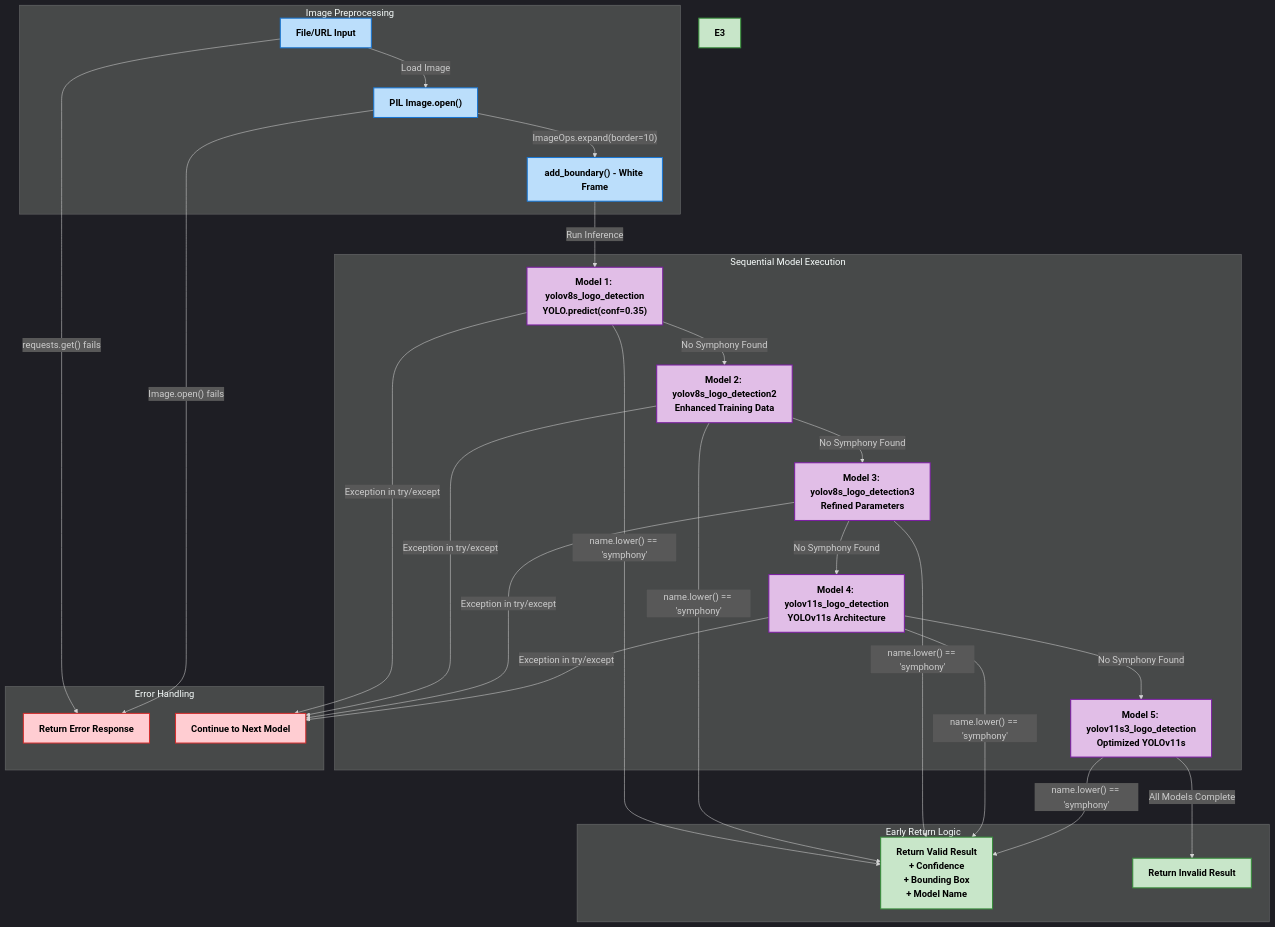
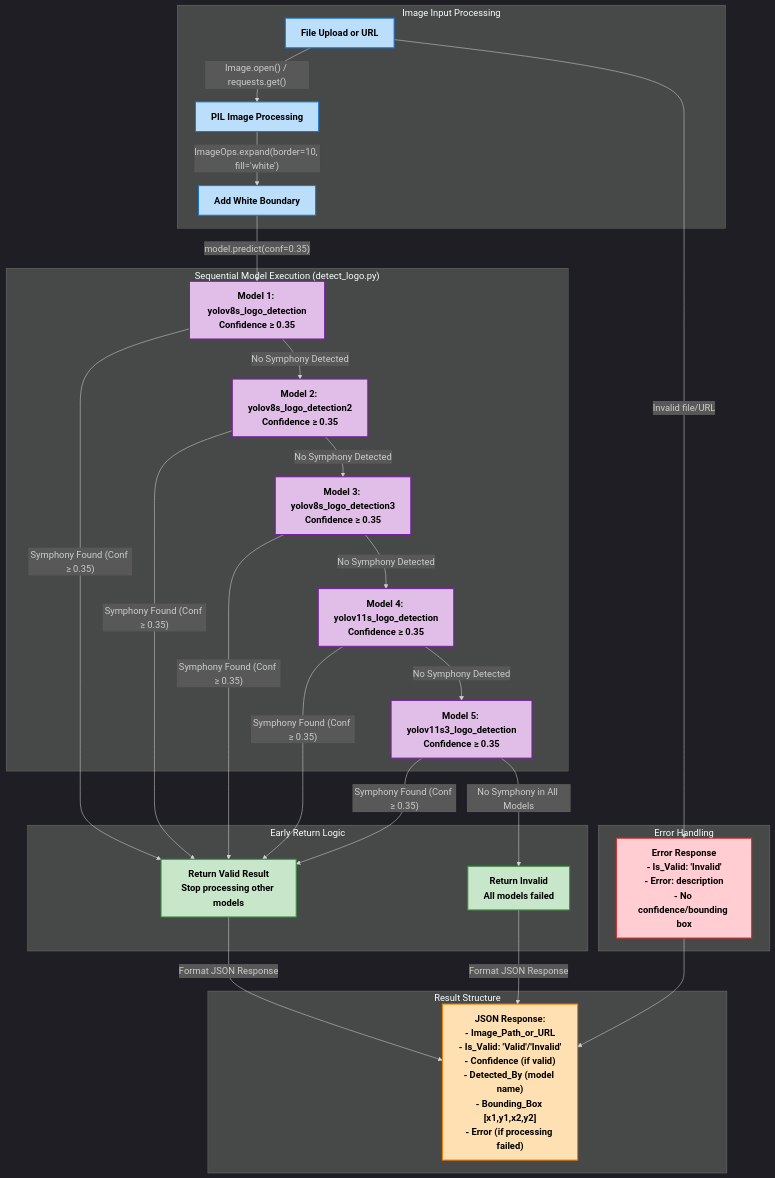
One commit to Dhruv0306/SymphonyProject1 changed the fourth of 9 diagrams in README.md. Above: the diagram before and after it, drawn with Mermaid. The commit also changed other lines of this file and 36 other files, not shown here.

First line of the commit message:
docs: enhance architecture and feature documentation

````diff
--- a/README.md
+++ b/README.md
@@ -261,47 +301,47 @@
 ```mermaid
 %%{init: {'theme': 'dark', 'themeVariables': { 'fontFamily': 'arial', 'fontSize': '18px', 'fontWeight': 'bold'}}}%%
 graph TD
-    subgraph "Image Preprocessing"
+    subgraph "Image Input Processing"
         style A fill:#bbdefb,stroke:#1976d2,stroke-width:2px,color:#000000,font-weight:bold
         style B fill:#bbdefb,stroke:#1976d2,stroke-width:2px,color:#000000,font-weight:bold
         style C fill:#bbdefb,stroke:#1976d2,stroke-width:2px,color:#000000,font-weight:bold
-        A["File/URL Input"] -->|"Load Image"| B["PIL Image.open()"]
-        B -->|"ImageOps.expand(border=10)"| C["add_boundary() - White Frame"]
+        A["File Upload or URL"] -->|"Image.open() / requests.get()"| B["PIL Image Processing"]
+        B -->|"ImageOps.expand(border=10, fill='white')"| C["Add White Boundary"]
     end
 
-    subgraph "Sequential Model Execution"
+    subgraph "Sequential Model Execution (detect_logo.py)"
         style D1 fill:#e1bee7,stroke:#7b1fa2,stroke-width:2px,color:#000000,font-weight:bold
         style D2 fill:#e1bee7,stroke:#7b1fa2,stroke-width:2px,color:#000000,font-weight:bold
         style D3 fill:#e1bee7,stroke:#7b1fa2,stroke-width:2px,color:#000000,font-weight:bold
         style D4 fill:#e1bee7,stroke:#7b1fa2,stroke-width:2px,color:#000000,font-weight:bold
         style D5 fill:#e1bee7,stroke:#7b1fa2,stroke-width:2px,color:#000000,font-weight:bold
-        C -->|"Run Inference"| D1["Model 1: yolov8s_logo_detection<br/>YOLO.predict(conf=0.35)"]
-        D1 -->|"No Symphony Found"| D2["Model 2: yolov8s_logo_detection2<br/>Enhanced Training Data"]
-        D2 -->|"No Symphony Found"| D3["Model 3: yolov8s_logo_detection3<br/>Refined Parameters"]
-        D3 -->|"No Symphony Found"| D4["Model 4: yolov11s_logo_detection<br/>YOLOv11s Architecture"]
-        D4 -->|"No Symphony Found"| D5["Model 5: yolov11s3_logo_detection<br/>Optimized YOLOv11s"]
+        C -->|"model.predict(conf=0.35)"| D1["Model 1: yolov8s_logo_detection<br/>Confidence ≥ 0.35"]
+        D1 -->|"No Symphony Detected"| D2["Model 2: yolov8s_logo_detection2<br/>Confidence ≥ 0.35"]
+        D2 -->|"No Symphony Detected"| D3["Model 3: yolov8s_logo_detection3<br/>Confidence ≥ 0.35"]
+        D3 -->|"No Symphony Detected"| D4["Model 4: yolov11s_logo_detection<br/>Confidence ≥ 0.35"]
+        D4 -->|"No Symphony Detected"| D5["Model 5: yolov11s3_logo_detection<br/>Confidence ≥ 0.35"]
     end
 
     subgraph "Early Return Logic"
         style E1 fill:#c8e6c9,stroke:#388e3c,stroke-width:2px,color:#000000,font-weight:bold
         style E2 fill:#c8e6c9,stroke:#388e3c,stroke-width:2px,color:#000000,font-weight:bold
-        style E3 fill:#c8e6c9,stroke:#388e3c,stroke-width:2px,color:#000000,font-weight:bold
-        D1 -->|"name.lower() == 'symphony'"| E1["Return Valid Result<br/>+ Confidence<br/>+ Bounding Box<br/>+ Model Name"]
-        D2 -->|"name.lower() == 'symphony'"| E1
-        D3 -->|"name.lower() == 'symphony'"| E1
-        D4 -->|"name.lower() == 'symphony'"| E1
-        D5 -->|"name.lower() == 'symphony'"| E1
-        D5 -->|"All Models Complete"| E2["Return Invalid Result"]
+        D1 -->|"Symphony Found (Conf ≥ 0.35)"| E1["Return Valid Result<br/>Stop processing other models"]
+        D2 -->|"Symphony Found (Conf ≥ 0.35)"| E1
+        D3 -->|"Symphony Found (Conf ≥ 0.35)"| E1
+        D4 -->|"Symphony Found (Conf ≥ 0.35)"| E1
+        D5 -->|"Symphony Found (Conf ≥ 0.35)"| E1
+        D5 -->|"No Symphony in All Models"| E2["Return Invalid<br/>All models failed"]
+    end
+
+    subgraph "Result Structure"
+        style F fill:#ffe0b2,stroke:#f57c00,stroke-width:2px,color:#000000,font-weight:bold
+        E1 -->|"Format JSON Response"| F["JSON Response:<br/>- Image_Path_or_URL<br/>- Is_Valid: 'Valid'/'Invalid'<br/>- Confidence (if valid)<br/>- Detected_By (model name)<br/>- Bounding_Box [x1,y1,x2,y2]<br/>- Error (if processing failed)"]
+        E2 -->|"Format JSON Response"| F
     end
 
     subgraph "Error Handling"
-        style F1 fill:#ffcdd2,stroke:#d32f2f,stroke-width:2px,color:#000000,font-weight:bold
-        style F2 fill:#ffcdd2,stroke:#d32f2f,stroke-width:2px,color:#000000,font-weight:bold
-        A -->|"requests.get() fails"| F1["Return Error Response"]
-        B -->|"Image.open() fails"| F1
-        D1 -->|"Exception in try/except"| F2["Continue to Next Model"]
-        D2 -->|"Exception in try/except"| F2
-        D3 -->|"Exception in try/except"| F2
-        D4 -->|"Exception in try/except"| F2
+        style G fill:#ffcdd2,stroke:#d32f2f,stroke-width:2px,color:#000000,font-weight:bold
+        A -->|"Invalid file/URL"| G["Error Response<br/>- Is_Valid: 'Invalid'<br/>- Error: description<br/>- No confidence/bounding box"]
+        G --> F
     end
 ```
````
